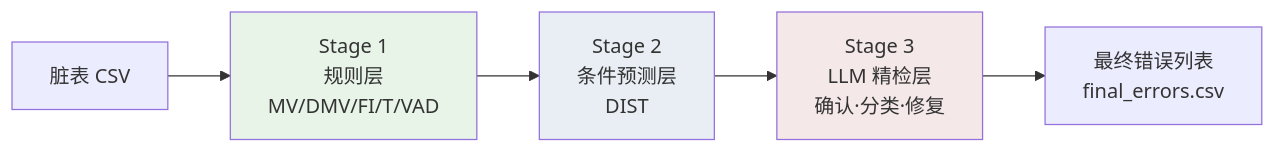
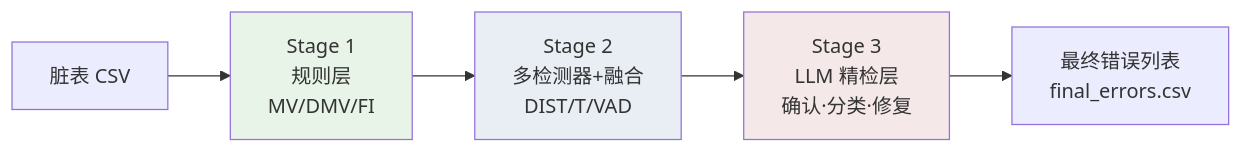
Before and after one commit to 1993371829/error_detect: the first of 5 diagrams in PIPELINE.md, drawn with Mermaid. The commit also changed other lines of this file and 36 other files, not shown here.

````diff
--- a/PIPELINE.md
+++ b/PIPELINE.md
@@ -29,11 +38,11 @@
 ```mermaid
 flowchart LR
-    IN["脏表 CSV"] --> S1["Stage 1<br/>规则层<br/>MV/DMV/FI/T/VAD"]
-    S1 --> S2["Stage 2<br/>条件预测层<br/>DIST"]
+    IN["脏表 CSV"] --> S1["Stage 1<br/>规则层<br/>MV/DMV/FI"]
+    S1 --> S2["Stage 2<br/>多检测器+融合<br/>DIST/T/VAD"]
     S2 --> S3["Stage 3<br/>LLM 精检层<br/>确认·分类·修复"]
     S3 --> OUT["最终错误列表<br/>final_errors.csv"]
 
     style S1 fill:#e8f4e8
     style S2 fill:#e8eef4
     style S3 fill:#f4e8e8
 ```
````
